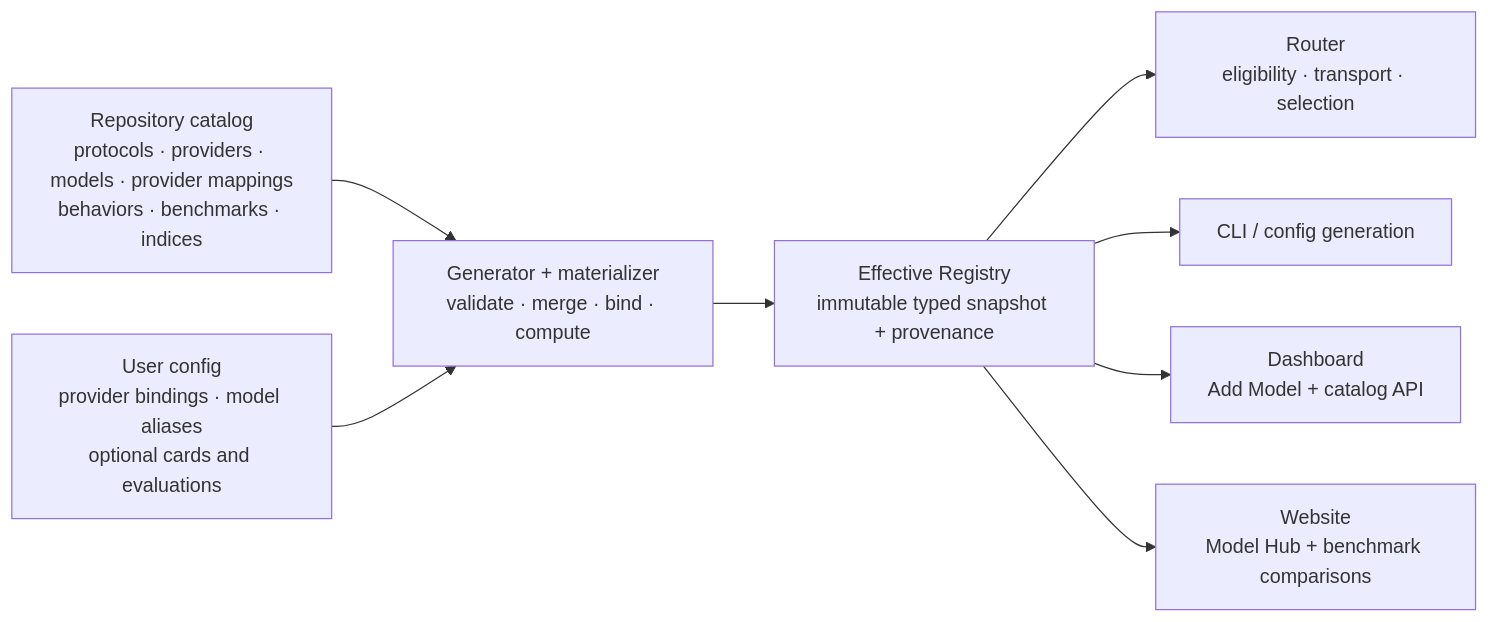
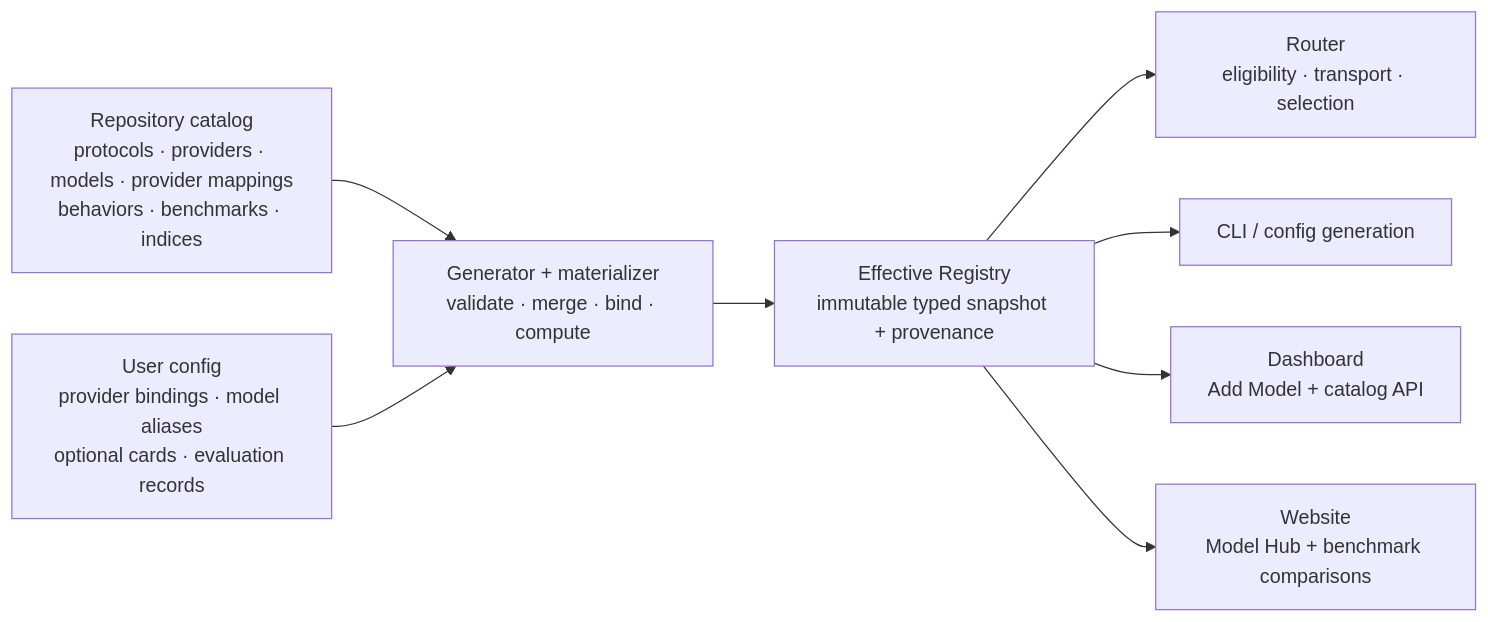
Before and after one commit to vllm-project/semantic-router: the diagram in website/docs/proposals/unified-model-catalog-and-evaluation-index.md, drawn with Mermaid. The commit also changed other lines of this file and 211 other files, not shown here.

````diff
--- a/website/docs/proposals/unified-model-catalog-and-evaluation-index.md
+++ b/website/docs/proposals/unified-model-catalog-and-evaluation-index.md
@@ -197,19 +198,19 @@
 ```mermaid
 flowchart LR
   Builtins["Repository catalog\nprotocols · providers · models · provider mappings\nbehaviors · benchmarks · indices"]
-  User["User config\nprovider bindings · model aliases\noptional cards and evaluations"]
+  User["User config\nprovider bindings · model aliases\noptional cards · evaluation records"]
   Compiler["Generator + materializer\nvalidate · merge · bind · compute"]
   Registry["Effective Registry\nimmutable typed snapshot + provenance"]
   Router["Router\neligibility · transport · selection"]
   CLI["CLI / config generation"]
   Dashboard["Dashboard\nAdd Model + catalog API"]
   Website["Website\nModel Hub + benchmark comparisons"]
 
   Builtins --> Compiler
   User --> Compiler
   Compiler --> Registry
   Registry --> Router
   Registry --> CLI
   Registry --> Dashboard
   Registry --> Website
 ```
````
